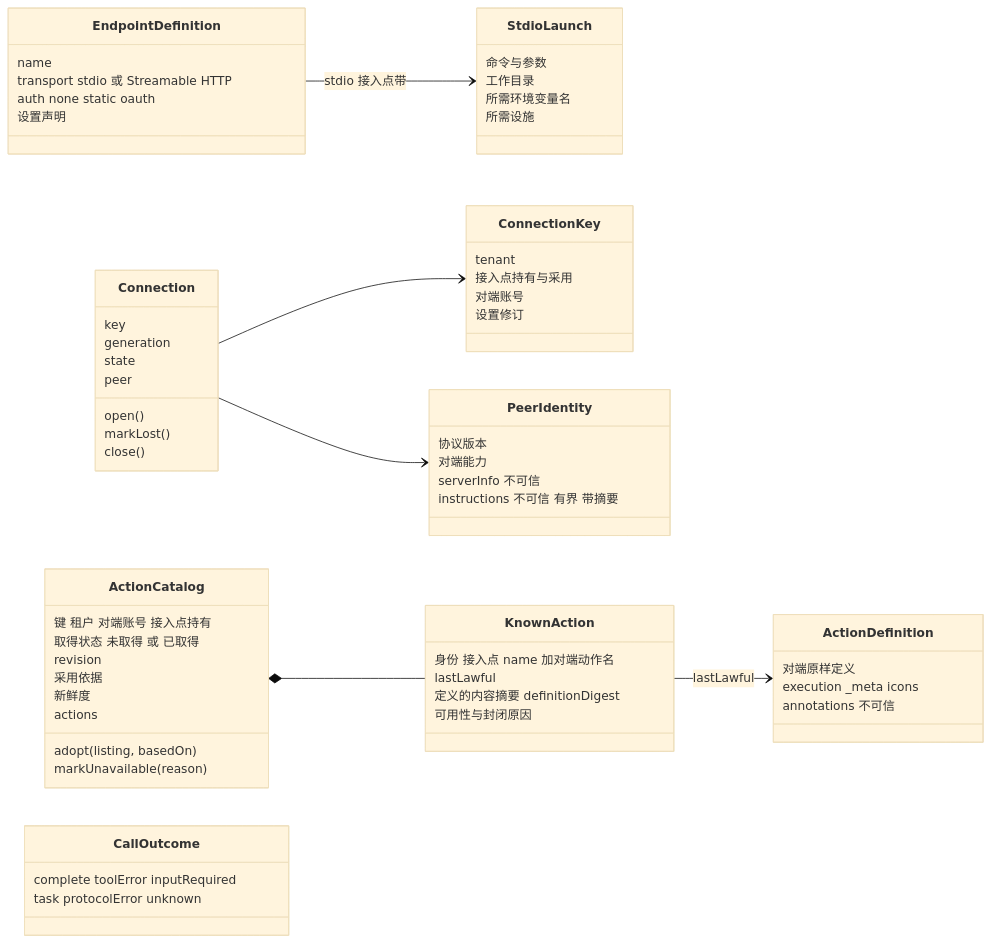
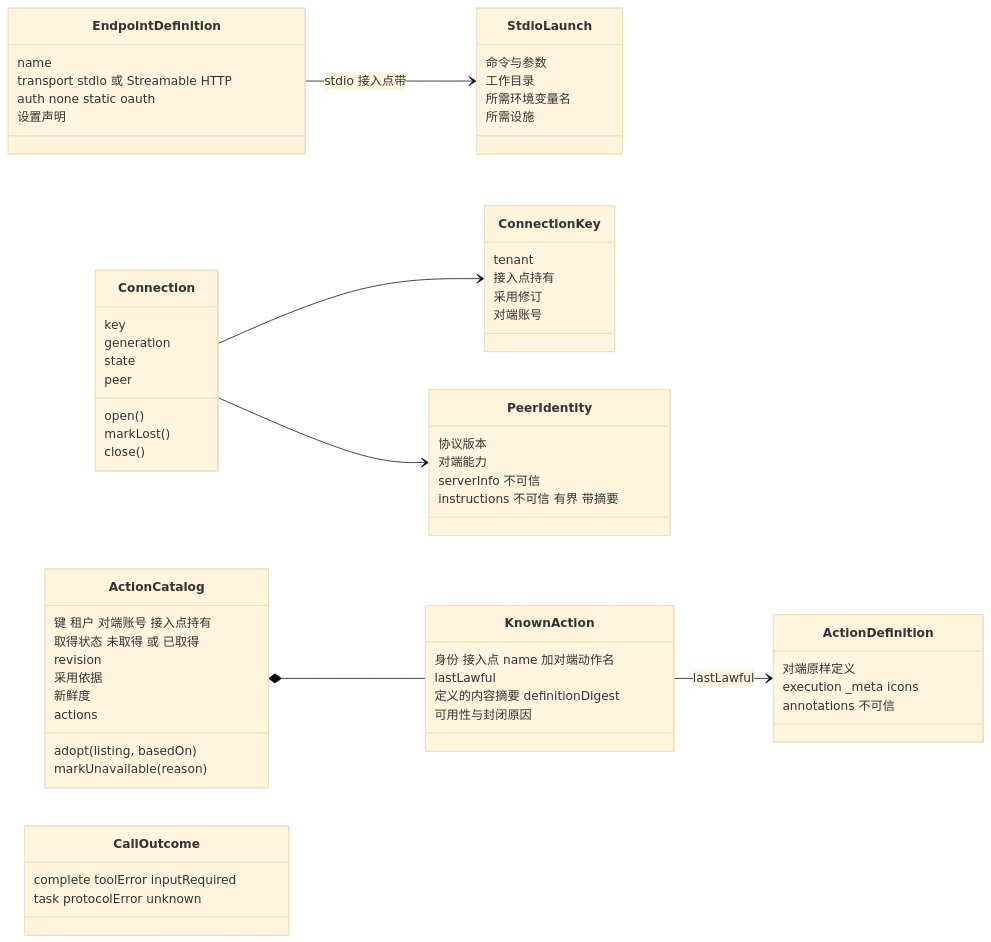
One commit to nemori-ai/omne-harness-lite changed the first of 3 diagrams in packages/mcp/docs/architecture.md. Above: the diagram before and after it, drawn with Mermaid (base theme). The commit also changed other lines of this file and 4 other files, not shown here.

````diff
--- a/packages/mcp/docs/architecture.md
+++ b/packages/mcp/docs/architecture.md
@@ -96,67 +97,67 @@
 ```mermaid
 classDiagram
     direction LR
     class EndpointDefinition {
         name
         transport stdio 或 Streamable HTTP
         auth none static oauth
         设置声明
     }
     class StdioLaunch {
         命令与参数
         工作目录
         所需环境变量名
         所需设施
     }
     class ConnectionKey {
         tenant
-        接入点持有与采用
+        接入点持有
+        采用修订
         对端账号
-        设置修订
     }
     class Connection {
         key
         generation
         state
         peer
         open()
         markLost()
         close()
     }
     class PeerIdentity {
         协议版本
         对端能力
         serverInfo 不可信
         instructions 不可信 有界 带摘要
     }
     class ActionCatalog {
         键 租户 对端账号 接入点持有
         取得状态 未取得 或 已取得
         revision
         采用依据
         新鲜度
         actions
         adopt(listing, basedOn)
         markUnavailable(reason)
     }
     class KnownAction {
         身份 接入点 name 加对端动作名
         lastLawful
         定义的内容摘要 definitionDigest
         可用性与封闭原因
     }
     class ActionDefinition {
         对端原样定义
         execution _meta icons
         annotations 不可信
     }
     class CallOutcome {
         complete toolError inputRequired
         task protocolError unknown
     }
     EndpointDefinition --> StdioLaunch : stdio 接入点带
     Connection --> ConnectionKey
     Connection --> PeerIdentity
     ActionCatalog *-- KnownAction
     KnownAction --> ActionDefinition : lastLawful
 ```
````
